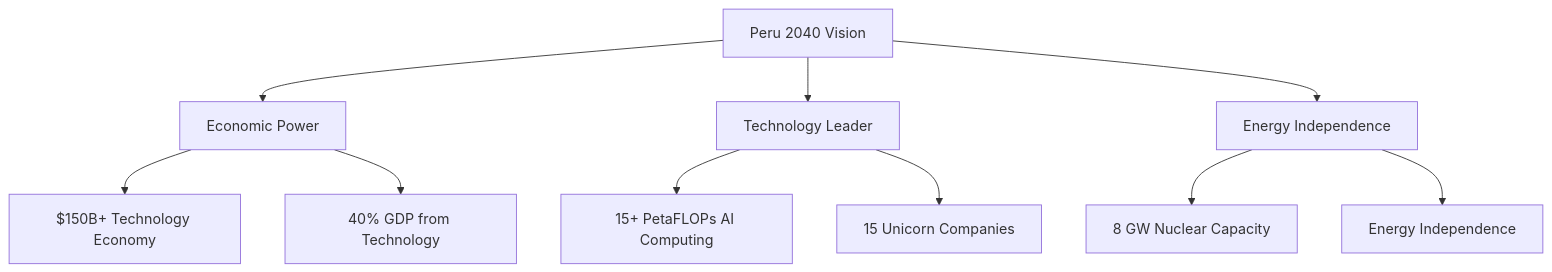
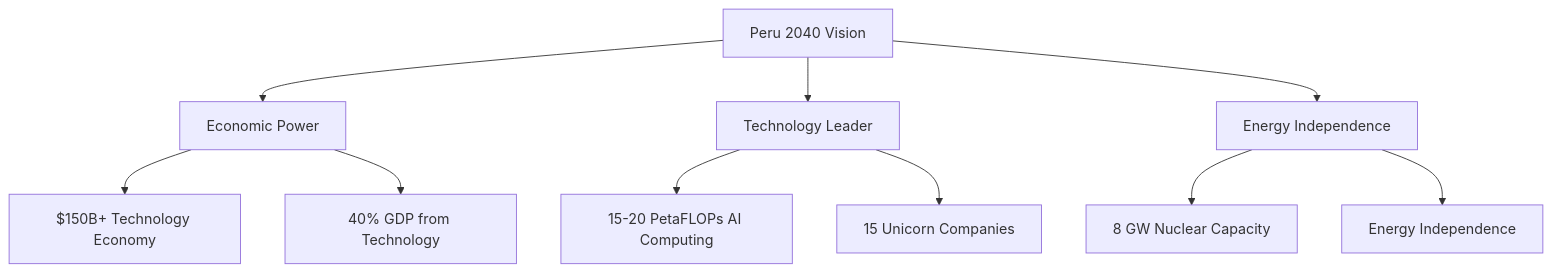
Before and after one commit to MRCORD/Peru2040: the second of 2 diagrams in README.md, drawn with Mermaid. The commit also changed other lines of this file and 6 other files, not shown here.

First line of the commit message:
update(strategic-validation): December 2025 comprehensive validation and timeline acceleration

````diff
--- a/README.md
+++ b/README.md
@@ -69,15 +83,15 @@
 ```mermaid
 graph TD
     A[Peru 2040 Vision] --> B[Economic Power]
     A --> C[Technology Leader]
     A --> D[Energy Independence]
     
     B --> B1[$150B+ Technology Economy]
     B --> B2[40% GDP from Technology]
     
-    C --> C1[15+ PetaFLOPs AI Computing]
+    C --> C1[15-20 PetaFLOPs AI Computing]
     C --> C2[15 Unicorn Companies]
     
     D --> D1[8 GW Nuclear Capacity]
     D --> D2[Energy Independence]
 ```
````
